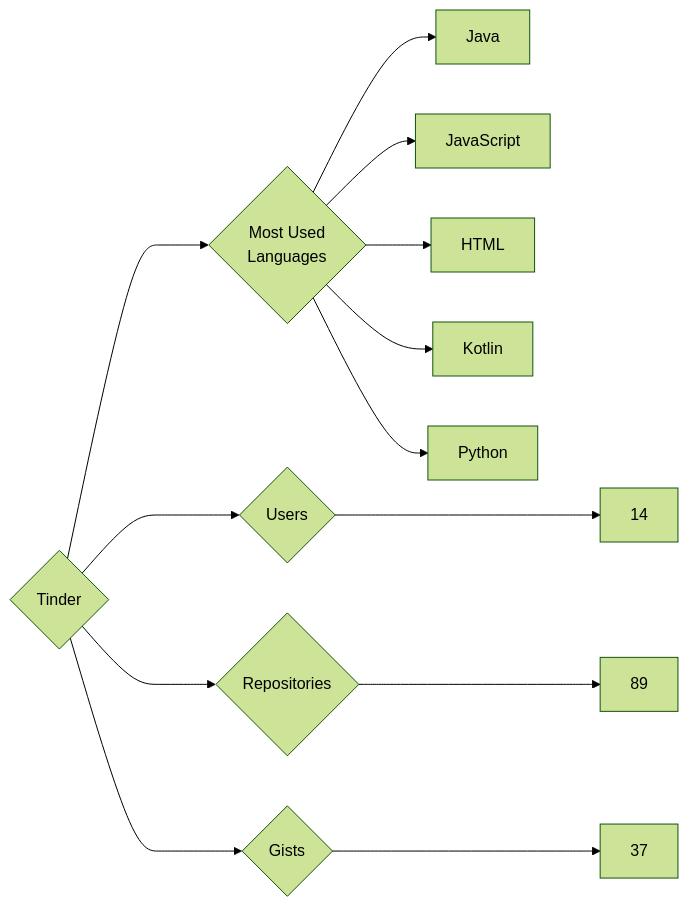
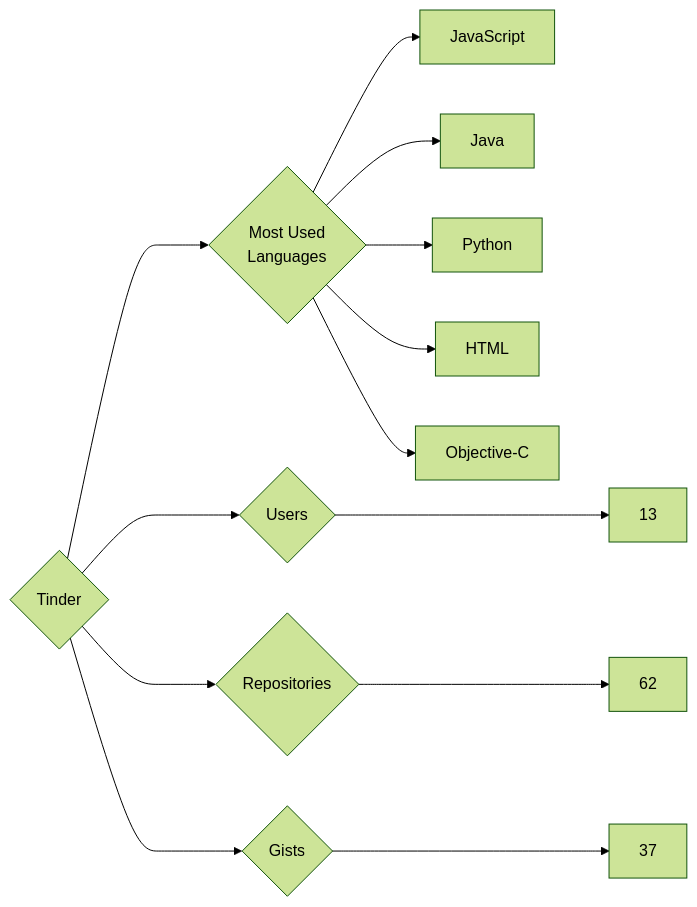
Before and after one commit to trickest/insiders: the diagram in targets/Tinder/README.md, drawn with Mermaid (forest theme). The commit also changed 682 other files, not shown here.

````diff
--- a/targets/Tinder/README.md
+++ b/targets/Tinder/README.md
@@ -3,13 +3,13 @@
 ```mermaid
 graph LR
 COMPANY_NAME{Tinder}
-COMPANY_NAME ---> U{Users} ---> UN[14]
-COMPANY_NAME ---> R{Repositories} ---> RN[89]
+COMPANY_NAME ---> U{Users} ---> UN[13]
+COMPANY_NAME ---> R{Repositories} ---> RN[62]
 COMPANY_NAME ---> G{Gists} ---> GN[37]
 COMPANY_NAME ---> ML{Most Used<br>Languages}
+ML --> JavaScript[JavaScript]
 ML --> Java[Java]
-ML --> JavaScript[JavaScript]
+ML --> Python[Python]
 ML --> HTML[HTML]
-ML --> Kotlin[Kotlin]
-ML --> Python[Python]
+ML --> Objective-C[Objective-C]
 ```
````
